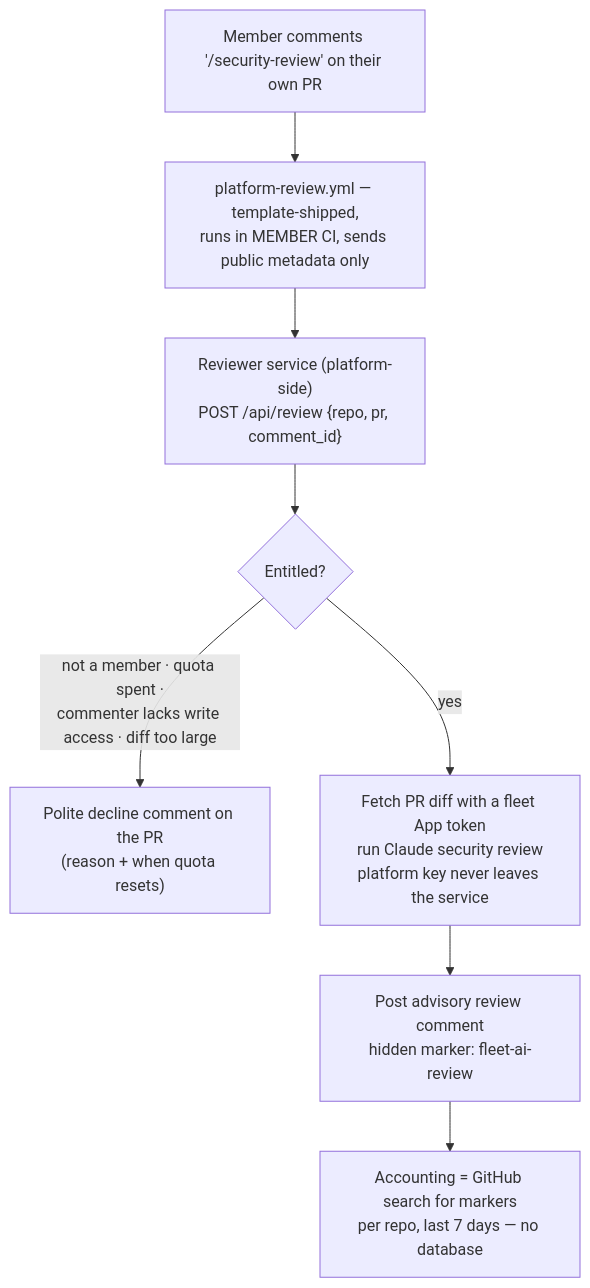
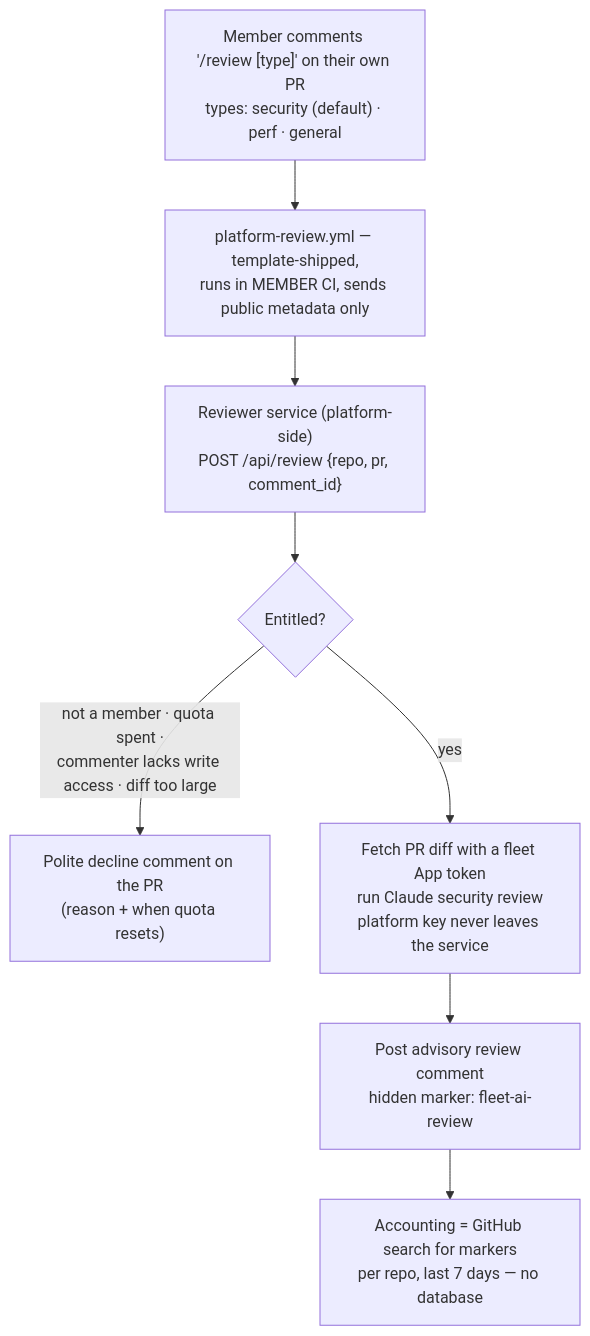
The diagram in rfcs/002-platform-ai-review.md (turingplanet/agent-legion), drawn with Mermaid before and after one commit. The commit also changed other lines of this file, not shown here.

````diff
--- a/rfcs/002-platform-ai-review.md
+++ b/rfcs/002-platform-ai-review.md
@@ -19,10 +19,10 @@
 ```mermaid
 flowchart TB
-    C["Member comments '/security-review' on their own PR"] --> W["platform-review.yml — template-shipped,<br/>runs in MEMBER CI, sends public metadata only"]
+    C["Member comments '/review [type]' on their own PR<br/>types: security (default) · perf · general"] --> W["platform-review.yml — template-shipped,<br/>runs in MEMBER CI, sends public metadata only"]
     W --> E["Reviewer service (platform-side)<br/>POST /api/review {repo, pr, comment_id}"]
     E --> V{"Entitled?"}
     V -- "not a member · quota spent ·<br/>commenter lacks write access · diff too large" --> NO["Polite decline comment on the PR<br/>(reason + when quota resets)"]
     V -- "yes" --> R["Fetch PR diff with a fleet App token<br/>run Claude security review<br/>platform key never leaves the service"]
     R --> P["Post advisory review comment<br/>hidden marker: fleet-ai-review"]
     P --> A["Accounting = GitHub search for markers<br/>per repo, last 7 days — no database"]
 ```
````
